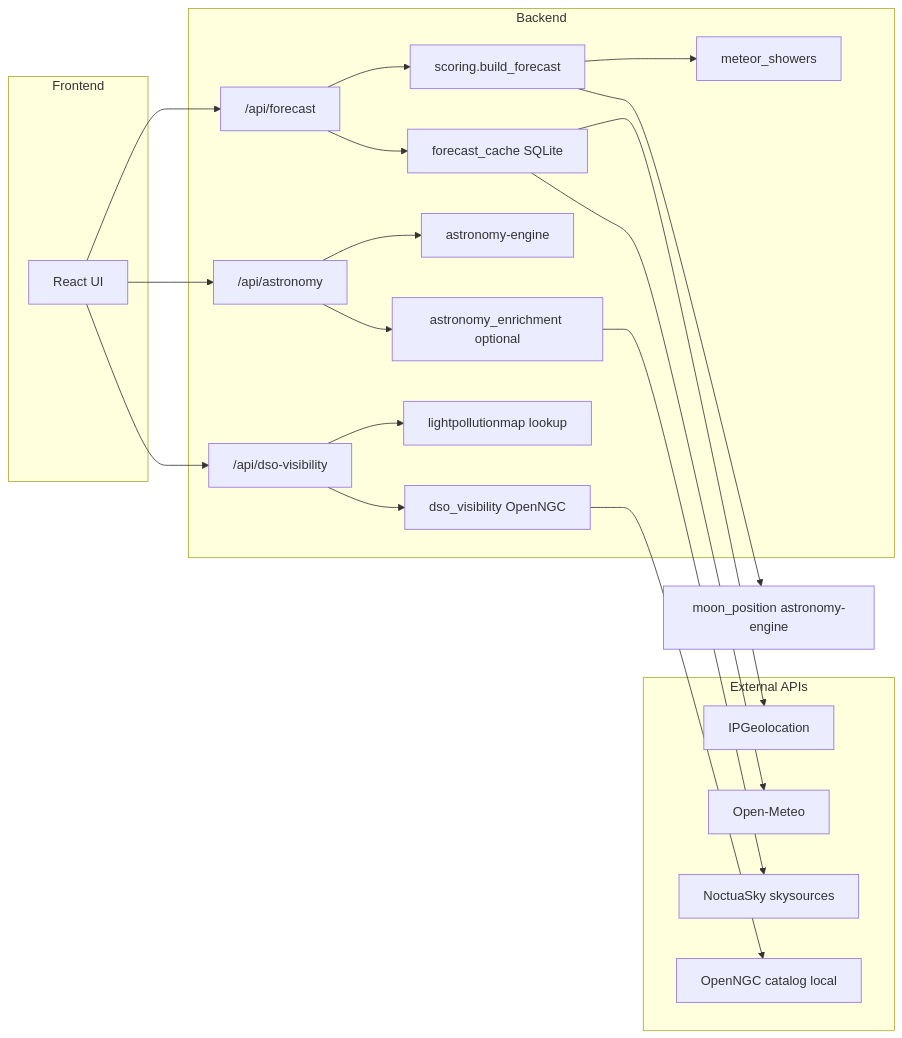
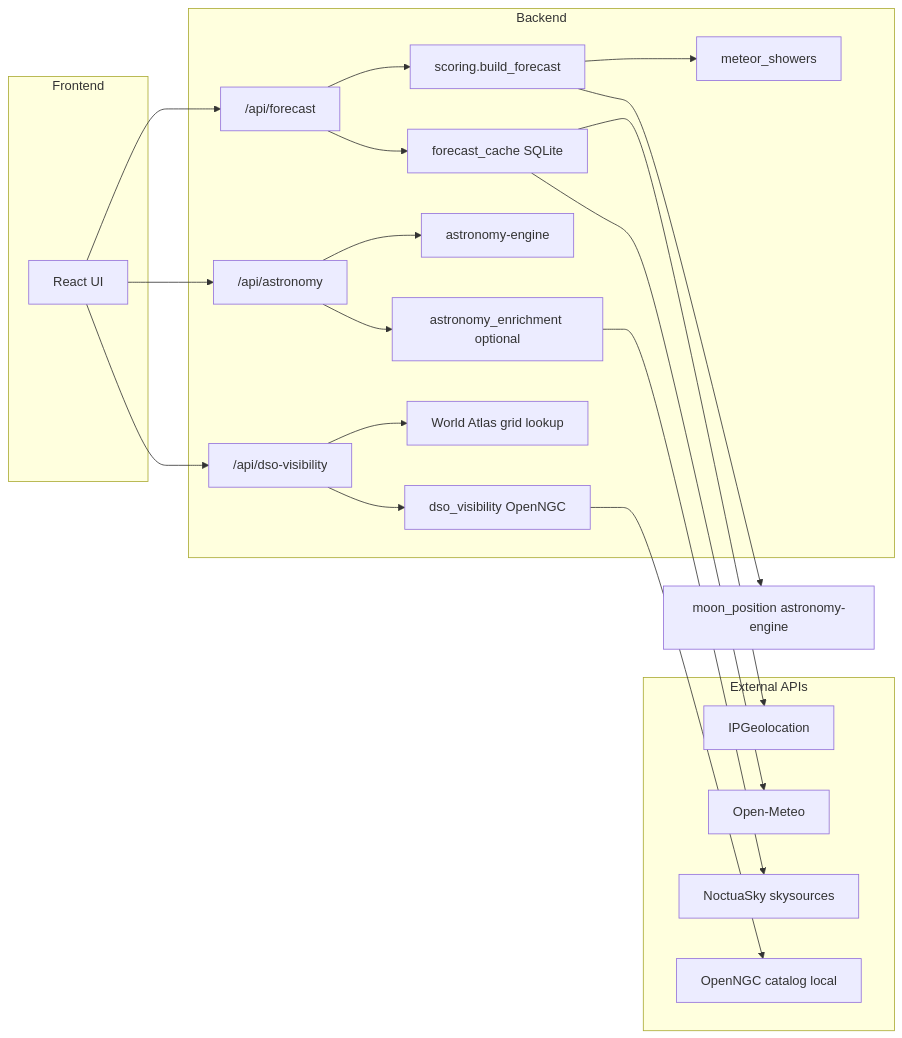
Before and after one commit to jlaw3855/finderscope-app: the diagram in README.md, drawn with Mermaid. The commit also changed other lines of this file and 15 other files, not shown here.

First line of the commit message:
Replace lightpollutionmap with bundled World Atlas grid for v1.1.0.

````diff
--- a/README.md
+++ b/README.md
@@ -304,39 +306,39 @@
 ```mermaid
 flowchart LR
   subgraph frontend [Frontend]
     UI[React UI]
   end
   subgraph backend [Backend]
     ForecastRouter["/api/forecast"]
     ForecastCache[forecast_cache SQLite]
     Scoring[scoring.build_forecast]
     MeteorSvc[meteor_showers]
     AstronomyRouter["/api/astronomy"]
     DsoRouter["/api/dso-visibility"]
     AstroEngine[astronomy-engine]
     DsoSvc[dso_visibility OpenNGC]
-    LightPollution[lightpollutionmap lookup]
+    LightPollution[World Atlas grid lookup]
     NoctuaEnrich[astronomy_enrichment optional]
   end
   subgraph external [External APIs]
     IPGeo[IPGeolocation]
     OpenMeteo[Open-Meteo]
     Noctua[NoctuaSky skysources]
     OpenNGC[OpenNGC catalog local]
   end
   UI --> ForecastRouter
   ForecastRouter --> ForecastCache
   ForecastCache --> IPGeo
   ForecastCache --> OpenMeteo
   ForecastRouter --> Scoring
   Scoring --> MeteorSvc
   Scoring --> MoonPos[moon_position astronomy-engine]
   UI --> AstronomyRouter
   AstronomyRouter --> AstroEngine
   AstronomyRouter --> NoctuaEnrich
   NoctuaEnrich --> Noctua
   UI --> DsoRouter
   DsoRouter --> LightPollution
   DsoRouter --> DsoSvc
   DsoSvc --> OpenNGC
 ```
````
